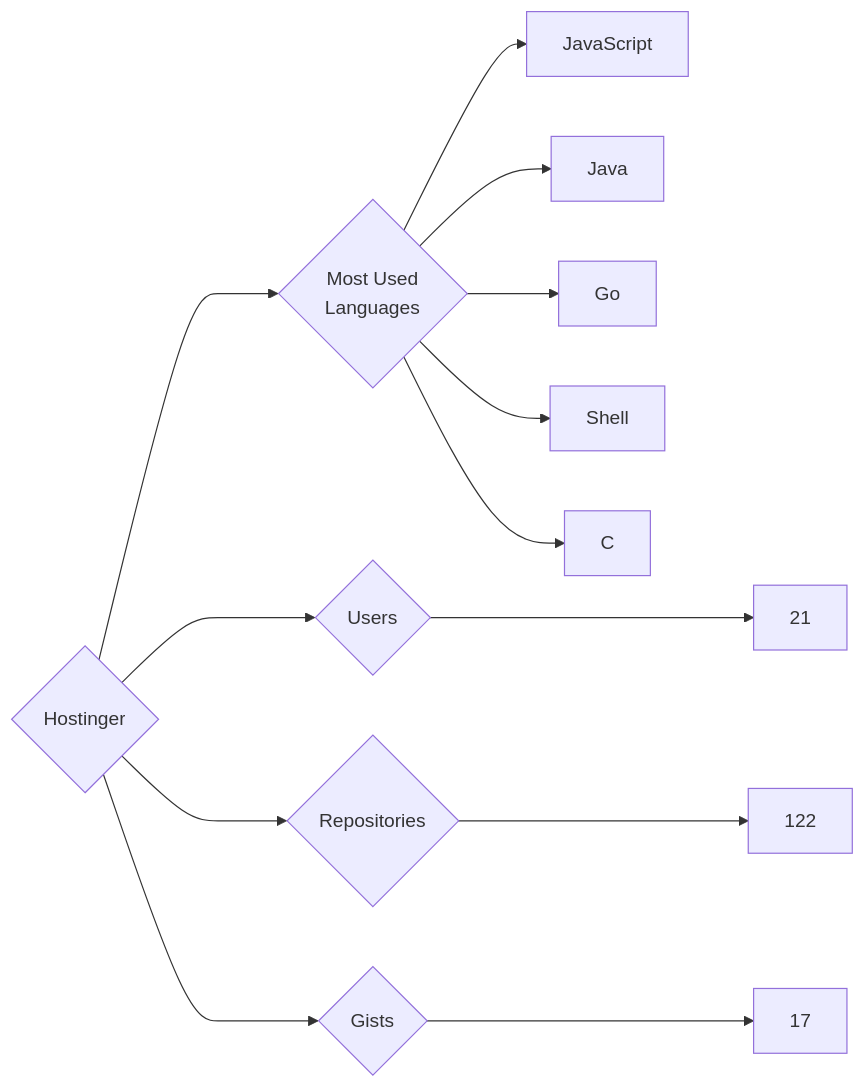
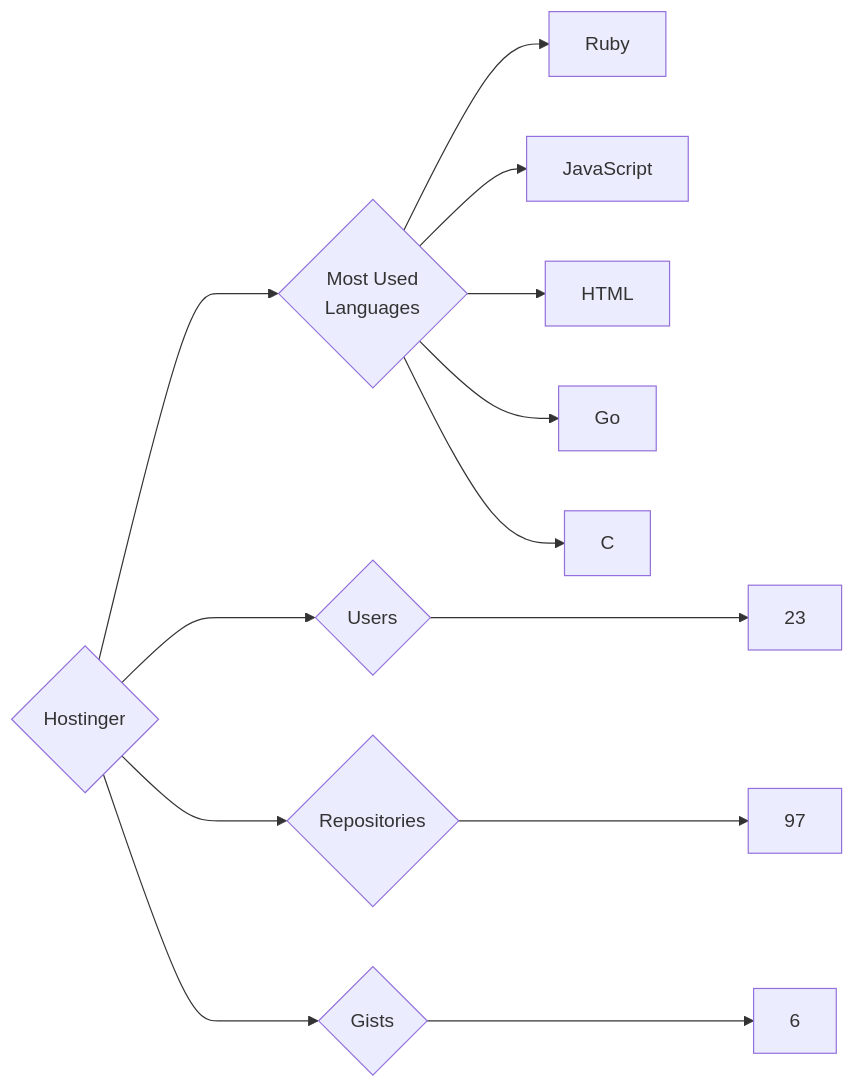
Before and after one commit to trickest/insiders: the diagram in targets/Hostinger/README.md, drawn with Mermaid. The commit also changed 927 other files, not shown here.

````diff
--- a/targets/Hostinger/README.md
+++ b/targets/Hostinger/README.md
@@ -3,13 +3,13 @@
 ```mermaid
 graph LR
 COMPANY_NAME{Hostinger}
-COMPANY_NAME ---> U{Users} ---> UN[21]
-COMPANY_NAME ---> R{Repositories} ---> RN[122]
-COMPANY_NAME ---> G{Gists} ---> GN[17]
+COMPANY_NAME ---> U{Users} ---> UN[23]
+COMPANY_NAME ---> R{Repositories} ---> RN[97]
+COMPANY_NAME ---> G{Gists} ---> GN[6]
 COMPANY_NAME ---> ML{Most Used<br>Languages}
+ML --> Ruby[Ruby]
 ML --> JavaScript[JavaScript]
-ML --> Java[Java]
+ML --> HTML[HTML]
 ML --> Go[Go]
-ML --> Shell[Shell]
 ML --> C[C]
 ```
````
